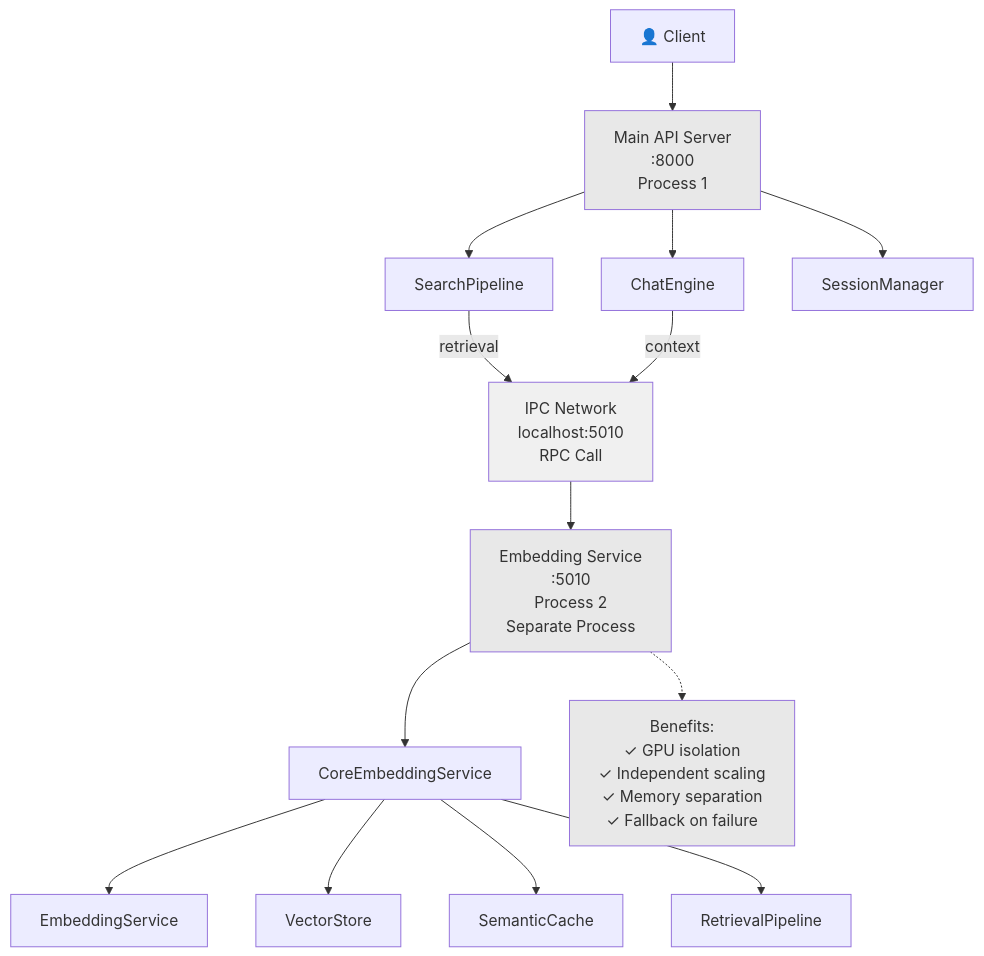
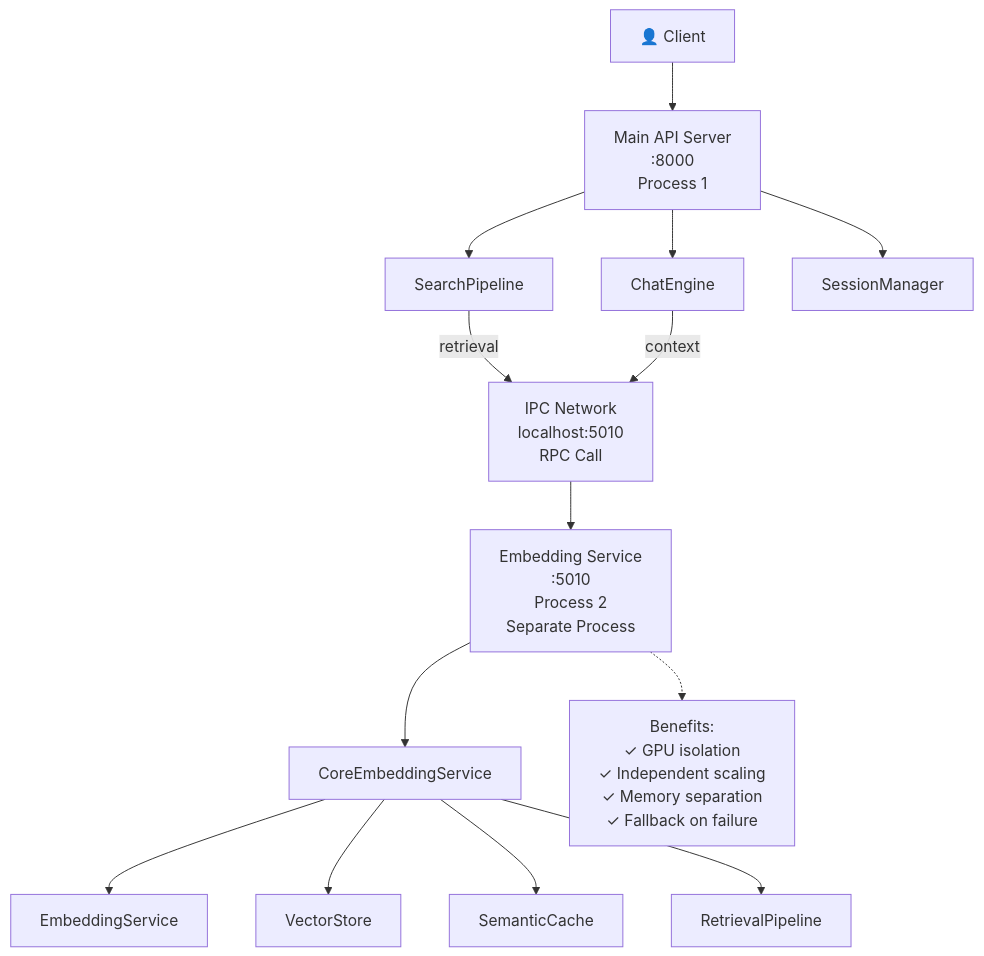
Diagram 17 of 18 in DOCS/FULL_ARCHITECTURE.md (pollinations/lixSearch), drawn with Mermaid before and after one commit. The commit also changed other lines of this file, not shown here.

````diff
--- a/DOCS/FULL_ARCHITECTURE.md
+++ b/DOCS/FULL_ARCHITECTURE.md
@@ -1473,42 +1589,42 @@
 ```mermaid
 graph TB
     Client["👤 Client"]
     
     MainServer["Main API Server<br/>:8000<br/>Process 1"]
     SearchPipe["SearchPipeline"]
     ChatEng["ChatEngine"]
     SessionMgr["SessionManager"]
     
     IPCNetwork["IPC Network<br/>localhost:5010<br/>RPC Call"]
     
     EmbedProcess["Embedding Service<br/>:5010<br/>Process 2<br/>Separate Process"]
     CoreService["CoreEmbeddingService"]
     EmbedService2["EmbeddingService"]
     VectorStore2["VectorStore"]
     SemanticCache2["SemanticCache"]
     RetPipeline2["RetrievalPipeline"]
     
     Client --> MainServer
     MainServer --> SearchPipe
     MainServer --> ChatEng
     MainServer --> SessionMgr
     
     SearchPipe -->|retrieval| IPCNetwork
     ChatEng -->|context| IPCNetwork
     
     IPCNetwork --> EmbedProcess
     EmbedProcess --> CoreService
     CoreService --> EmbedService2
     CoreService --> VectorStore2
     CoreService --> SemanticCache2
     CoreService --> RetPipeline2
     
     Benefits["Benefits:<br/>✓ GPU isolation<br/>✓ Independent scaling<br />✓ Memory separation<br/>✓ Fallback on failure"]
     
     EmbedProcess -.-> Benefits
     
-    style MainServer fill:#E8E8E8
-    style EmbedProcess fill:#E8E8E8
-    style IPCNetwork fill:#F0F0F0
-    style Benefits fill:#E8E8E8
+    style MainServer fill:#000;color:#fff
+    style EmbedProcess fill:#000;color:#fff
+    style IPCNetwork fill:#000;color:#fff
+    style Benefits fill:#000;color:#fff
 ```
````
